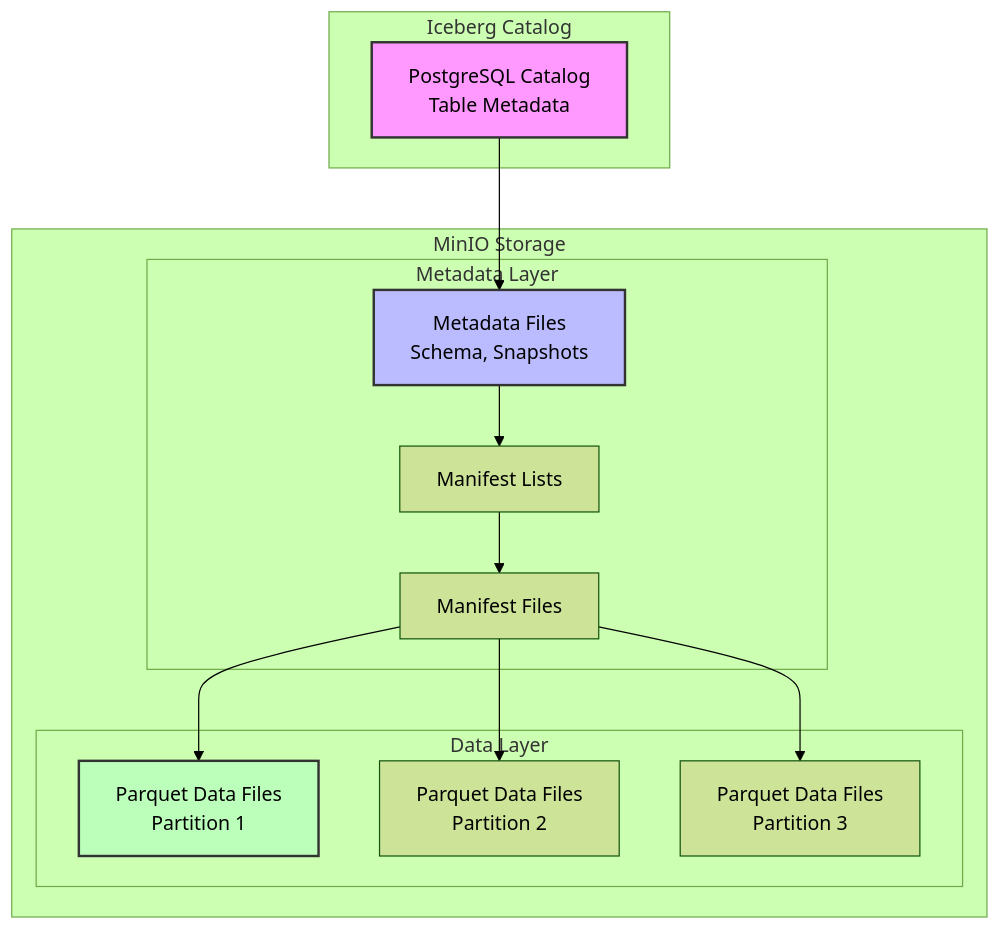
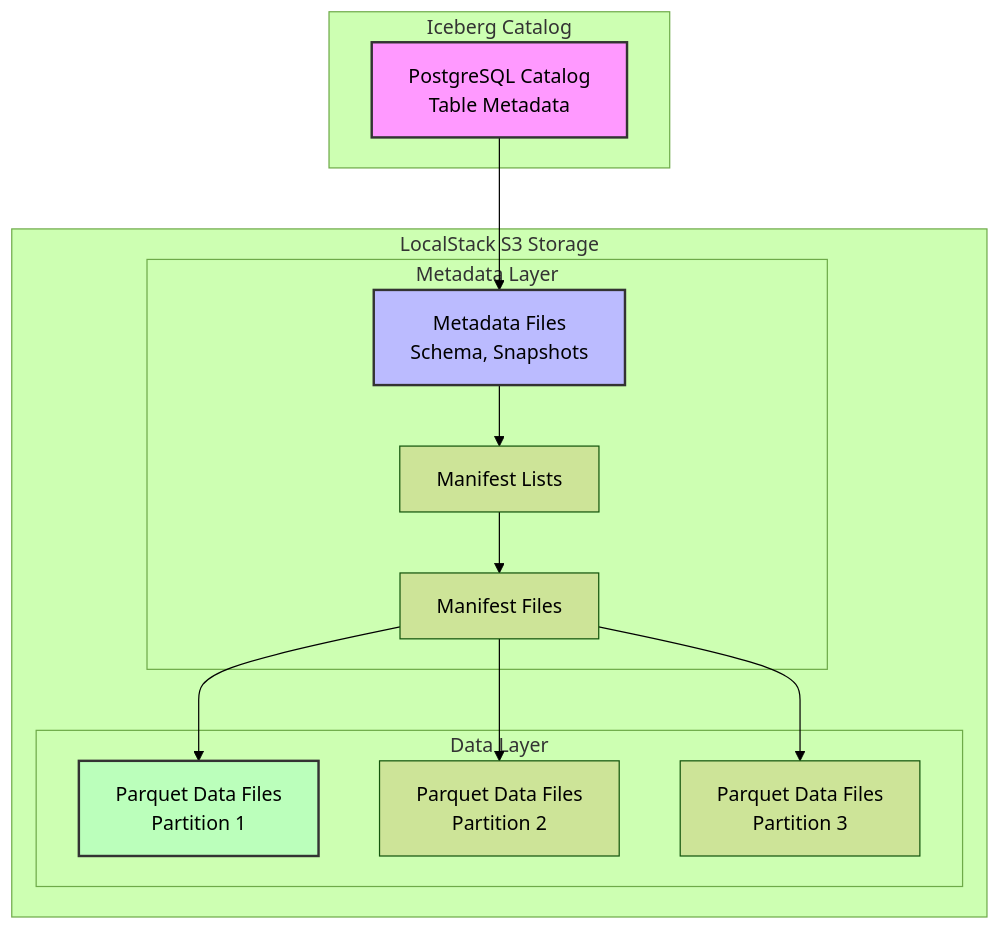
One commit to zmadni/medflow-analytics changed the fifth of 12 diagrams in ARCHITECTURE.md. Above: the diagram before and after it, drawn with Mermaid (forest theme). The commit also changed other lines of this file and 1 other file, not shown here.

Commit message:
Migrate from MinIO to LocalStack for S3 storage

````diff
--- a/ARCHITECTURE.md
+++ b/ARCHITECTURE.md
@@ -306,31 +303,31 @@
 ```mermaid
 graph TB
     subgraph "Iceberg Catalog"
         CAT[PostgreSQL Catalog<br/>Table Metadata]
     end
 
-    subgraph "MinIO Storage"
+    subgraph "LocalStack S3 Storage"
         subgraph "Metadata Layer"
             M1[Metadata Files<br/>Schema, Snapshots]
             M2[Manifest Lists]
             M3[Manifest Files]
         end
 
         subgraph "Data Layer"
             D1[Parquet Data Files<br/>Partition 1]
             D2[Parquet Data Files<br/>Partition 2]
             D3[Parquet Data Files<br/>Partition 3]
         end
     end
 
     CAT --> M1
     M1 --> M2
     M2 --> M3
     M3 --> D1
     M3 --> D2
     M3 --> D3
 
     style CAT fill:#f9f,stroke:#333,stroke-width:2px
     style M1 fill:#bbf,stroke:#333,stroke-width:2px
     style D1 fill:#bfb,stroke:#333,stroke-width:2px
 ```
````
